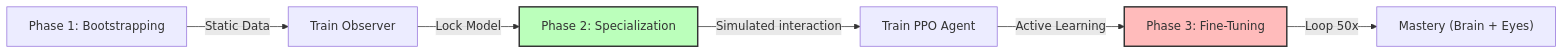
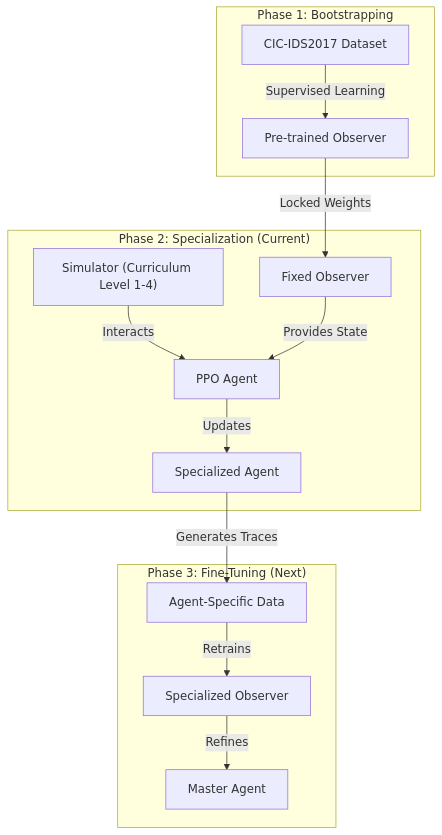
The fourth of 5 diagrams in README.md (didi-09/AI_DRIVEN_SOAR), drawn with Mermaid before and after one commit. The commit also changed other lines of this file, not shown here.

First line of the commit message:
Revise README for technical whitepaper and architecture details

````diff
--- a/README.md
+++ b/README.md
@@ -112,11 +126,19 @@
 ```mermaid
-graph LR
-    Step1["Phase 1: Bootstrapping"] -->|Static Data| Obs["Train Observer"]
-    Obs -->|Lock Model| Step2["Phase 2: Specialization"]
-    Step2 -->|Simulated interaction| Brain["Train PPO Agent"]
-    Brain -->|Active Learning| Step3["Phase 3: Fine-Tuning"]
-    Step3 -->|Loop 50x| Mastery["Mastery (Brain + Eyes)"]
+graph TD
+    subgraph "Phase 1: Bootstrapping"
+        Dataset["CIC-IDS2017 Dataset"] -->|Supervised Learning| Obs_Pre["Pre-trained Observer"]
+    end
 
-    style Step2 fill:#bfb,stroke:#333,stroke-width:2px
-    style Step3 fill:#fbb,stroke:#333,stroke-width:2px
+    subgraph "Phase 2: Specialization (Current)"
+        Obs_Pre -->|Locked Weights| Obs_Fixed["Fixed Observer"]
+        Sim["Simulator (Curriculum Level 1-4)"] -->|Interacts| Agent["PPO Agent"]
+        Obs_Fixed -->|Provides State| Agent
+        Agent -->|Updates| Agent_Trained["Specialized Agent"]
+    end
+
+    subgraph "Phase 3: Fine-Tuning (Next)"
+        Agent_Trained -->|Generates Traces| New_Data["Agent-Specific Data"]
+        New_Data -->|Retrains| Obs_Final["Specialized Observer"]
+        Obs_Final -->|Refines| Agent_Final["Master Agent"]
+    end
 ```
````
